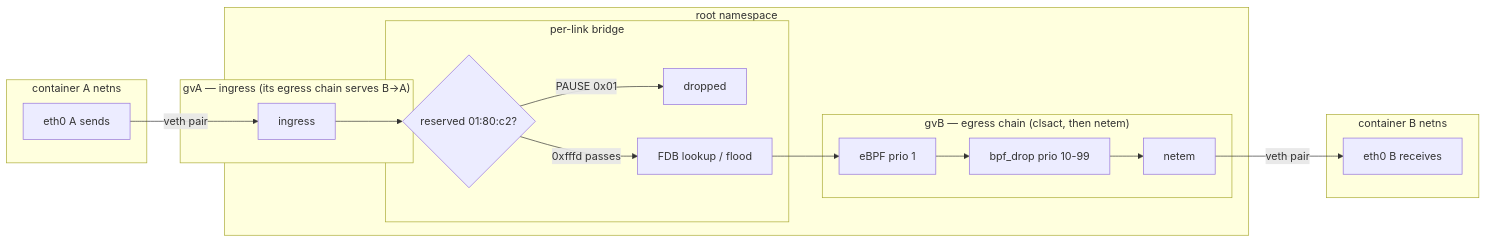
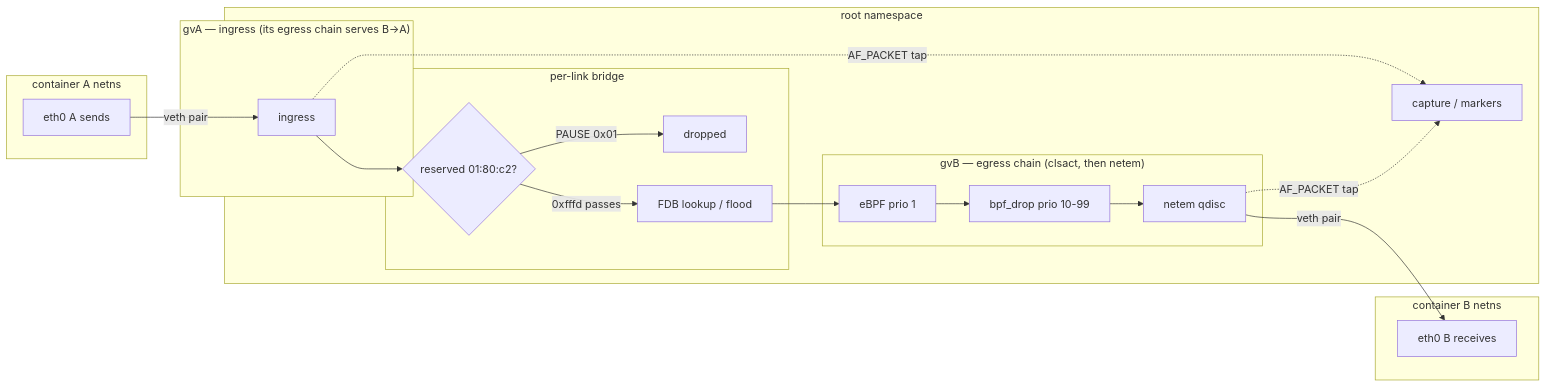
Before and after one commit to GNS3/gns3-server: the third of 4 diagrams in docs/features/docker-kernel-datapath.md, drawn with Mermaid. The commit also changed other lines of this file and 5 other files, not shown here.

````diff
--- a/docs/features/docker-kernel-datapath.md
+++ b/docs/features/docker-kernel-datapath.md
@@ -141,31 +141,34 @@
 ```mermaid
 flowchart LR
     subgraph ANS["container A netns"]
         S1["eth0 A sends"]
     end
     subgraph ROOT["root namespace"]
         subgraph GVA["gvA — ingress (its egress chain serves B→A)"]
             S3["ingress"]
         end
         subgraph BRP["per-link bridge"]
             G1{"reserved 01:80:c2?"}
             D["dropped"]
             S4["FDB lookup / flood"]
         end
         subgraph GVB["gvB — egress chain (clsact, then netem)"]
             S5["eBPF prio 1"]
             S6["bpf_drop prio 10-99"]
-            S7["netem"]
+            S7["netem qdisc"]
         end
+        T["capture / markers"]
     end
     subgraph BNS["container B netns"]
         S9["eth0 B receives"]
     end
     S1 -->|"veth pair"| S3
     S3 --> G1
     G1 -->|"PAUSE 0x01"| D
     G1 -->|"0xfffd passes"| S4
     S4 --> S5
     S5 --> S6 --> S7
     S7 -->|"veth pair"| S9
+    S3 -. "AF_PACKET tap" .-> T
+    S7 -. "AF_PACKET tap" .-> T
 ```
````
